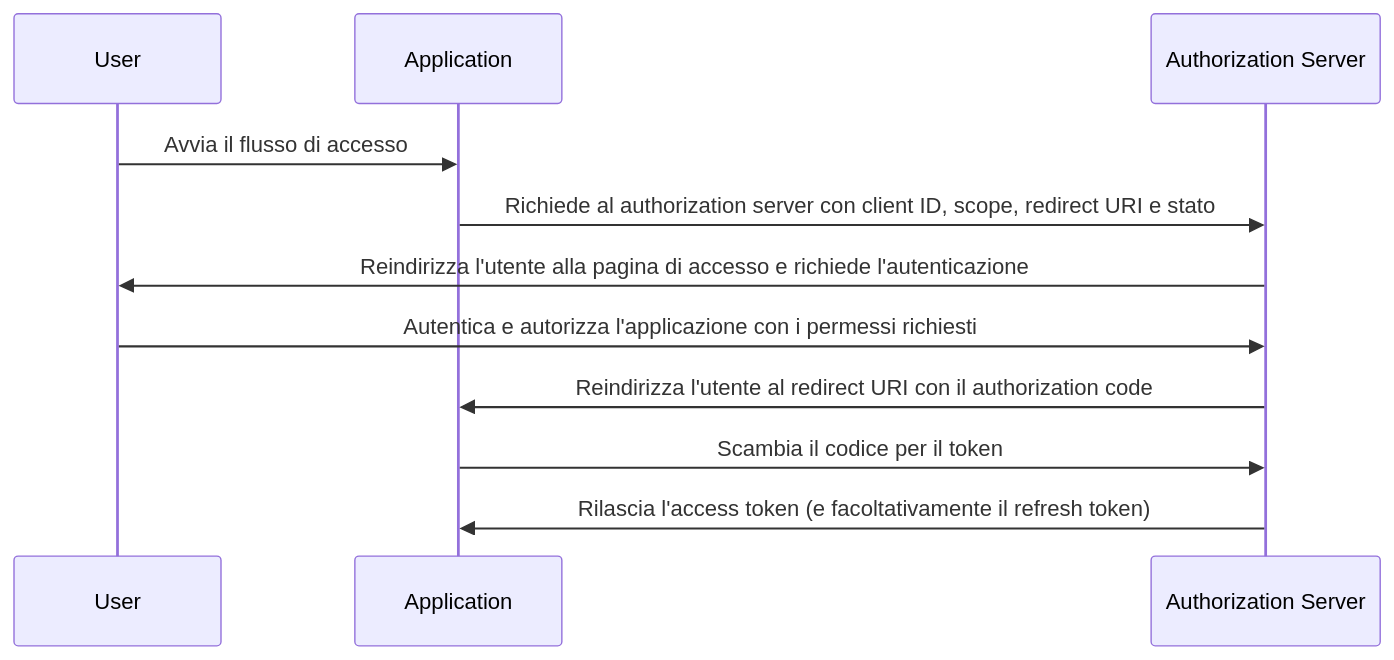
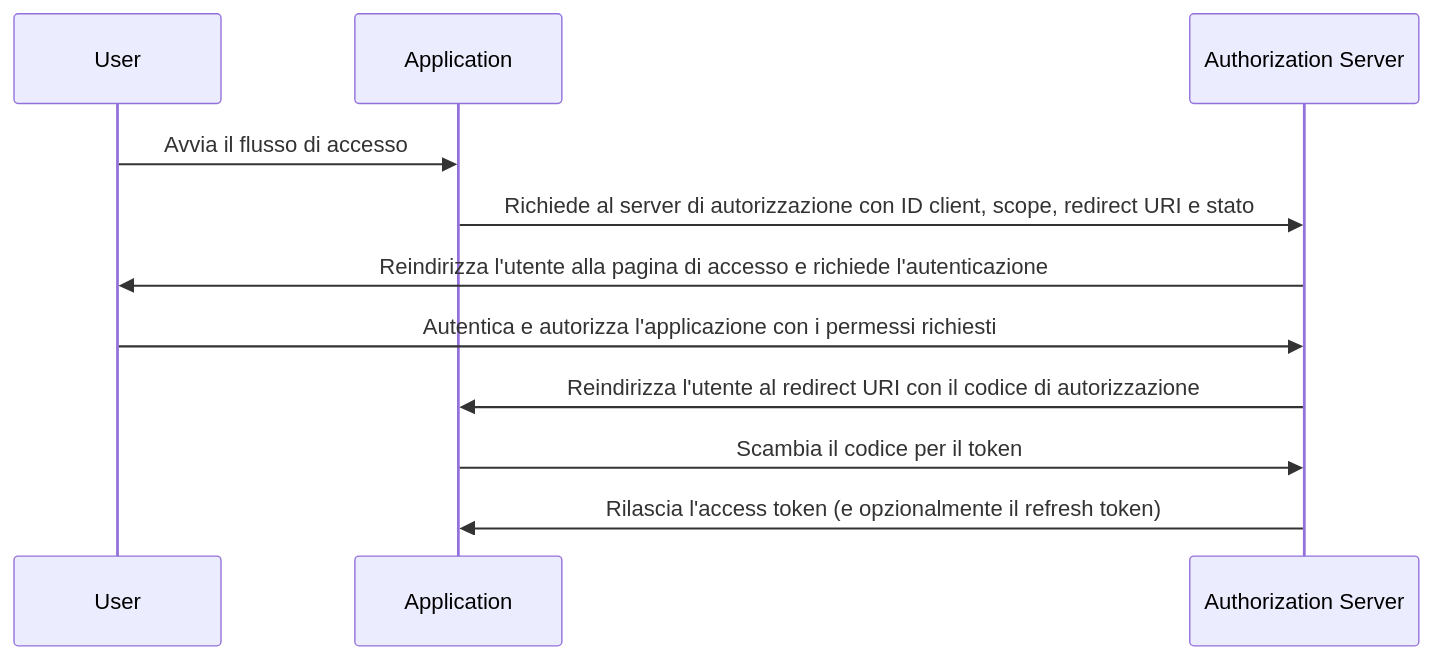
The diagram in src/content/terms/it/authorization-code-flow.mdx (logto-io/auth-wiki), drawn with Mermaid before and after one commit. The commit also changed other lines of this file and 95 other files, not shown here.

````diff
--- a/src/content/terms/it/authorization-code-flow.mdx
+++ b/src/content/terms/it/authorization-code-flow.mdx
@@ -25,14 +27,14 @@
 ```mermaid
 sequenceDiagram
     participant User
     participant Application
     participant Authorization Server
 
     User->>Application: Avvia il flusso di accesso
-    Application->>Authorization Server: Richiede al authorization server con client ID, scope, redirect URI e stato
+    Application->>Authorization Server: Richiede al server di autorizzazione con ID client, scope, redirect URI e stato
     Authorization Server->>User: Reindirizza l'utente alla pagina di accesso e richiede l'autenticazione
     User->>Authorization Server: Autentica e autorizza l'applicazione con i permessi richiesti
-    Authorization Server->>Application: Reindirizza l'utente al redirect URI con il authorization code
+    Authorization Server->>Application: Reindirizza l'utente al redirect URI con il codice di autorizzazione
     Application->>Authorization Server: Scambia il codice per il token
-    Authorization Server->>Application: Rilascia l'access token (e facoltativamente il refresh token)
+    Authorization Server->>Application: Rilascia l'access token (e opzionalmente il refresh token)
 ```
````
